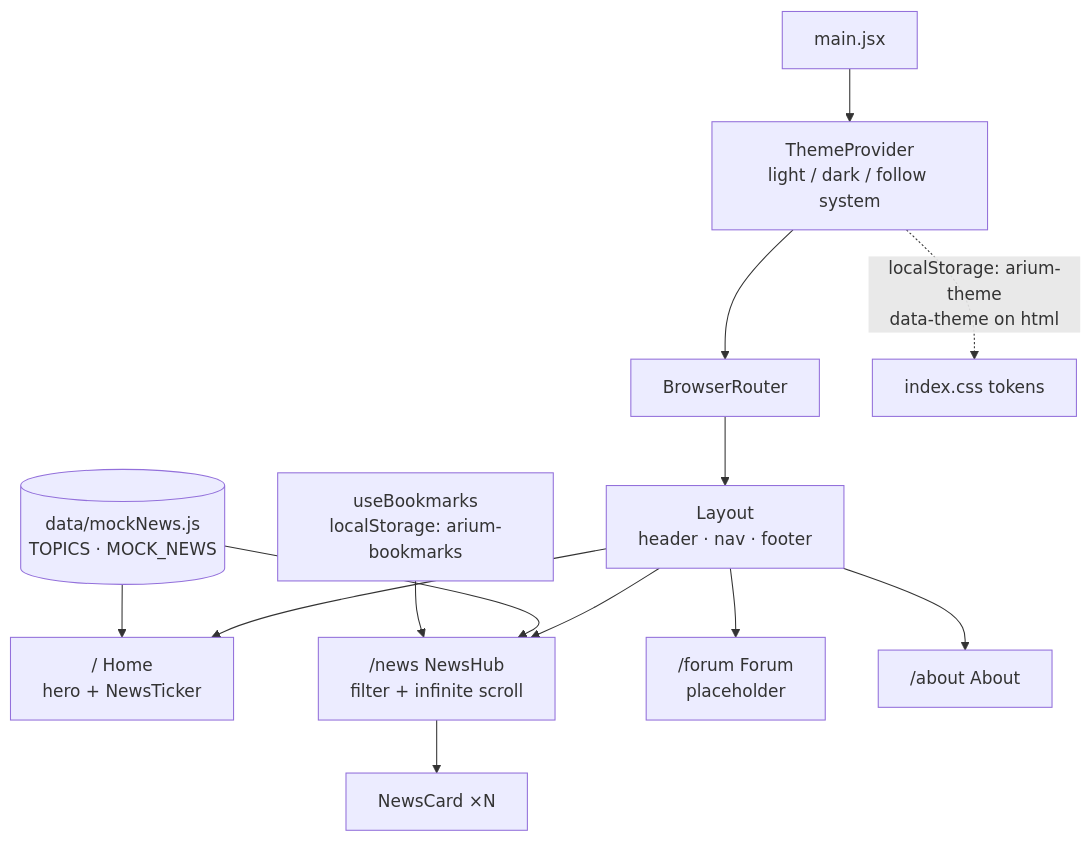
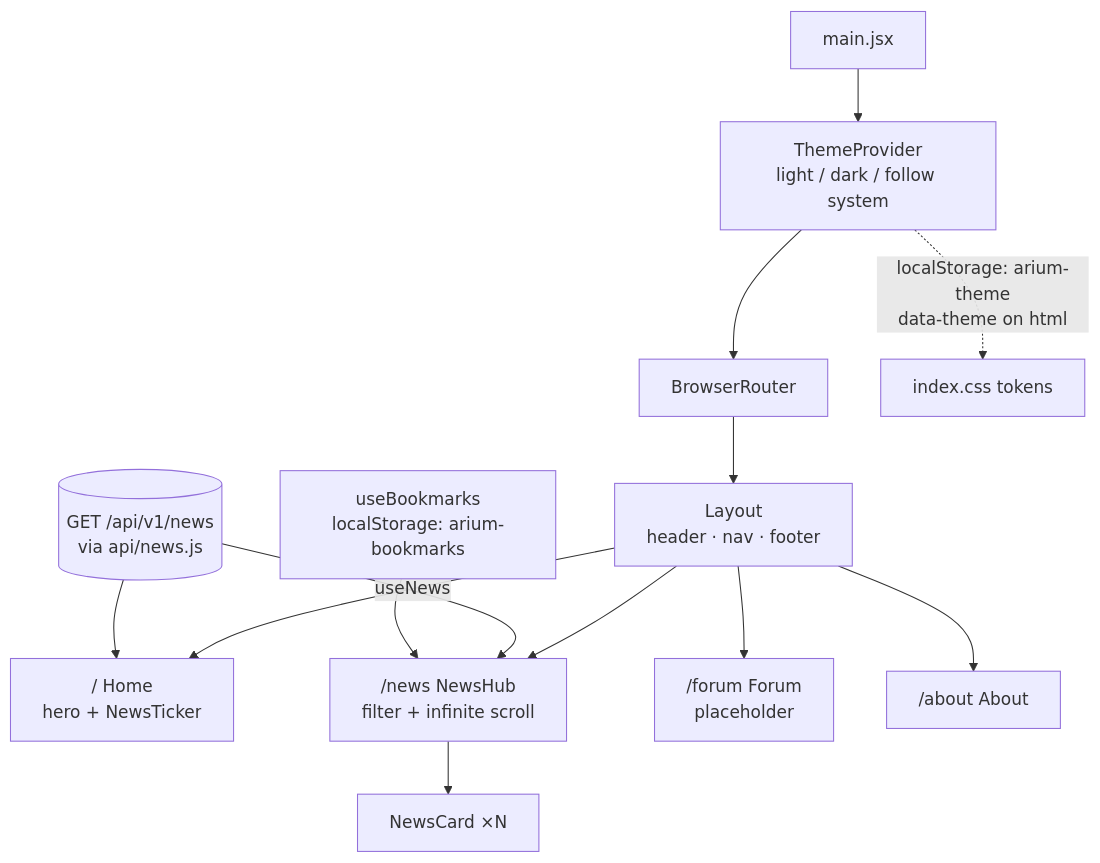
Before and after one commit to fmolinar/arium: the diagram in arium/README.md, drawn with Mermaid. The commit also changed other lines of this file and 8 other files, not shown here.

First line of the commit message:
Serve the News Hub and ticker from GET /api/v1/news

````diff
--- a/arium/README.md
+++ b/arium/README.md
@@ -47,16 +58,16 @@
 ```mermaid
 flowchart TB
     main["main.jsx"] --> theme["ThemeProvider<br/>light / dark / follow system"]
     theme --> router["BrowserRouter"]
     router --> layout["Layout<br/>header · nav · footer"]
     layout --> home["/ Home<br/>hero + NewsTicker"]
     layout --> news["/news NewsHub<br/>filter + infinite scroll"]
     layout --> forum["/forum Forum<br/>placeholder"]
     layout --> about["/about About"]
 
-    data[("data/mockNews.js<br/>TOPICS · MOCK_NEWS")] --> home
-    data --> news
+    api[("GET /api/v1/news<br/>via api/news.js")] --> home
+    api -- "useNews" --> news
     news --> card["NewsCard ×N"]
     bookmarks["useBookmarks<br/>localStorage: arium-bookmarks"] --> news
     theme -. "localStorage: arium-theme<br/>data-theme on html" .-> css["index.css tokens"]
 ```
````
